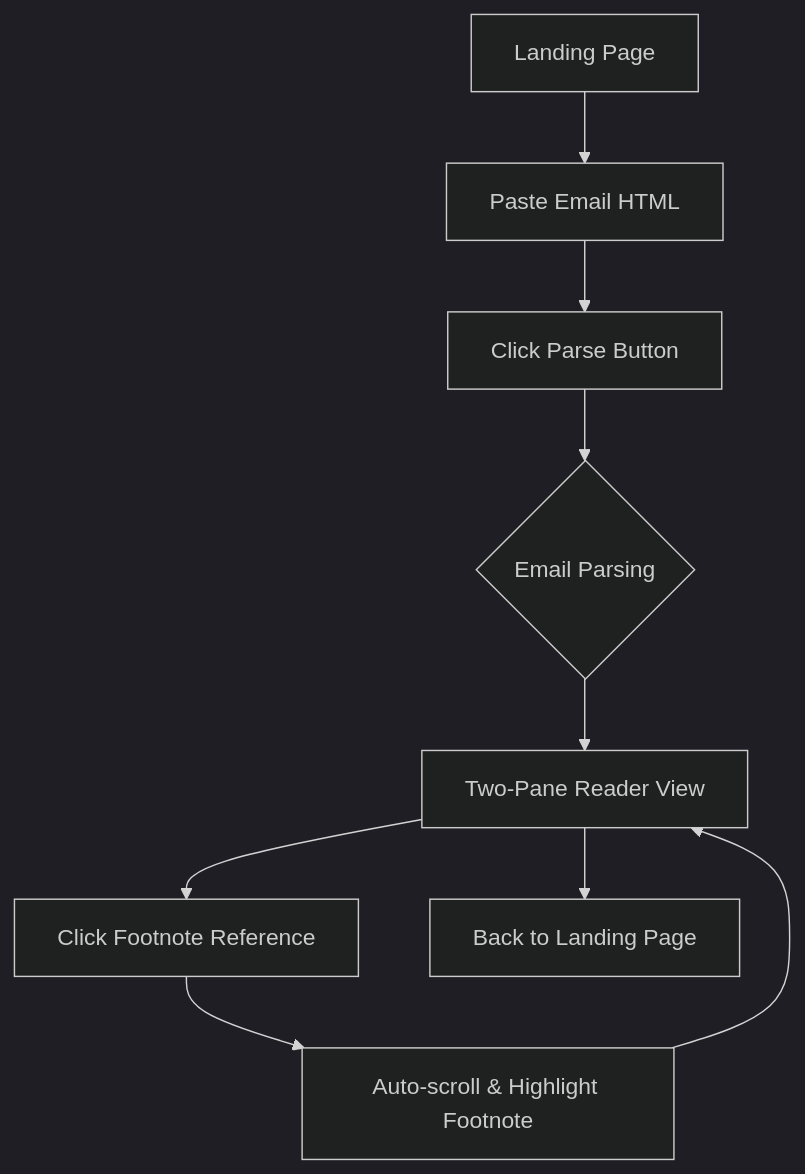
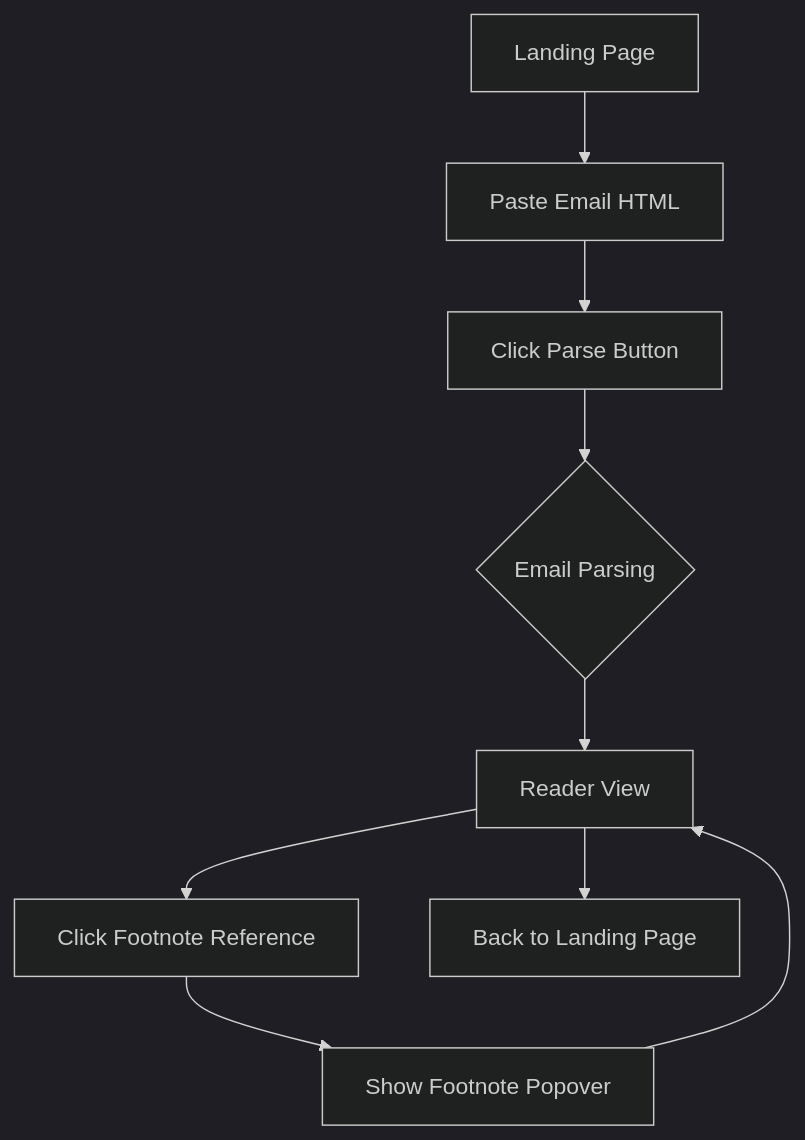
One commit to bbaros/money_reader changed the first of 2 diagrams in ARCHITECTURE_PLAN.md. Above: the diagram before and after it, drawn with Mermaid (dark theme). The commit also changed other lines of this file and 2 other files, not shown here.

First line of the commit message:
docs: update documentation to reflect popover architecture

````diff
--- a/ARCHITECTURE_PLAN.md
+++ b/ARCHITECTURE_PLAN.md
@@ -13,11 +13,11 @@
 ```mermaid
 graph TD
     A[Landing Page] --> B[Paste Email HTML]
     B --> C[Click Parse Button]
     C --> D{Email Parsing}
-    D --> E[Two-Pane Reader View]
+    D --> E[Reader View]
     E --> F[Click Footnote Reference]
-    F --> G[Auto-scroll & Highlight Footnote]
+    F --> G[Show Footnote Popover]
     G --> E
     E --> H[Back to Landing Page]
 ```
````
